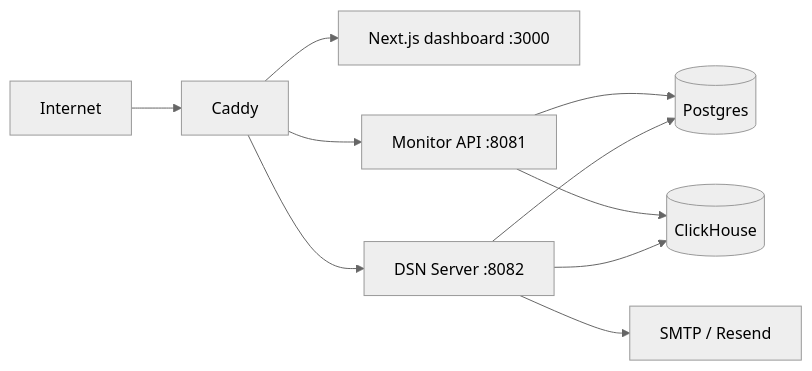
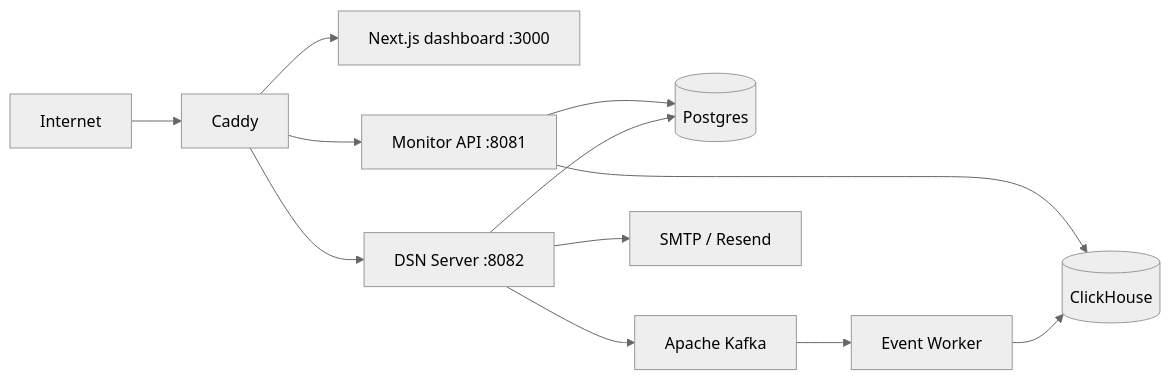
Before and after one commit to Lemonadeccc/condev-monitor: the diagram in DEPLOYMENT.zh-CN.md, drawn with Mermaid (neutral theme). The commit also changed other lines of this file and 5 other files, not shown here.

````diff
--- a/DEPLOYMENT.zh-CN.md
+++ b/DEPLOYMENT.zh-CN.md
@@ -33,13 +35,15 @@
 ```mermaid
 graph LR
     INTERNET[Internet]
     INTERNET --> CADDY[Caddy]
     CADDY --> FE[Next.js dashboard :3000]
     CADDY --> MON[Monitor API :8081]
     CADDY --> DSN[DSN Server :8082]
     MON --> PG[(Postgres)]
     MON --> CH[(ClickHouse)]
-    DSN --> CH
+    DSN --> KAFKA[Apache Kafka]
+    KAFKA --> WORKER[Event Worker]
+    WORKER --> CH
     DSN --> PG
     DSN --> MAIL[SMTP / Resend]
 ```
````
